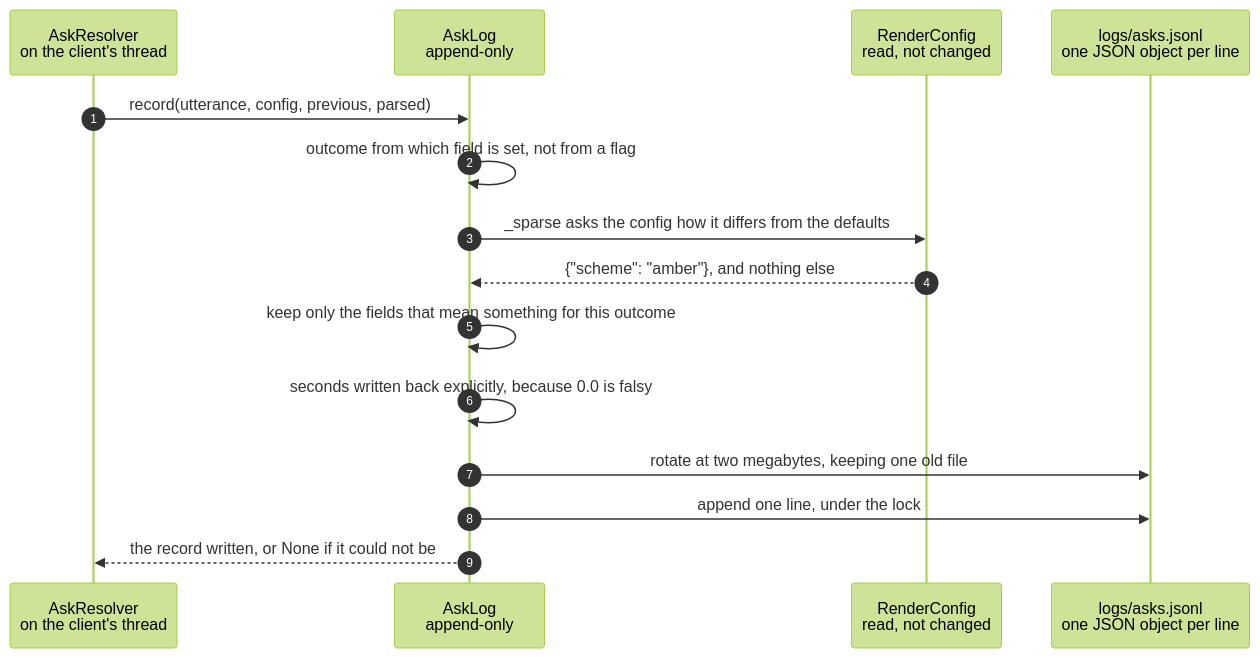
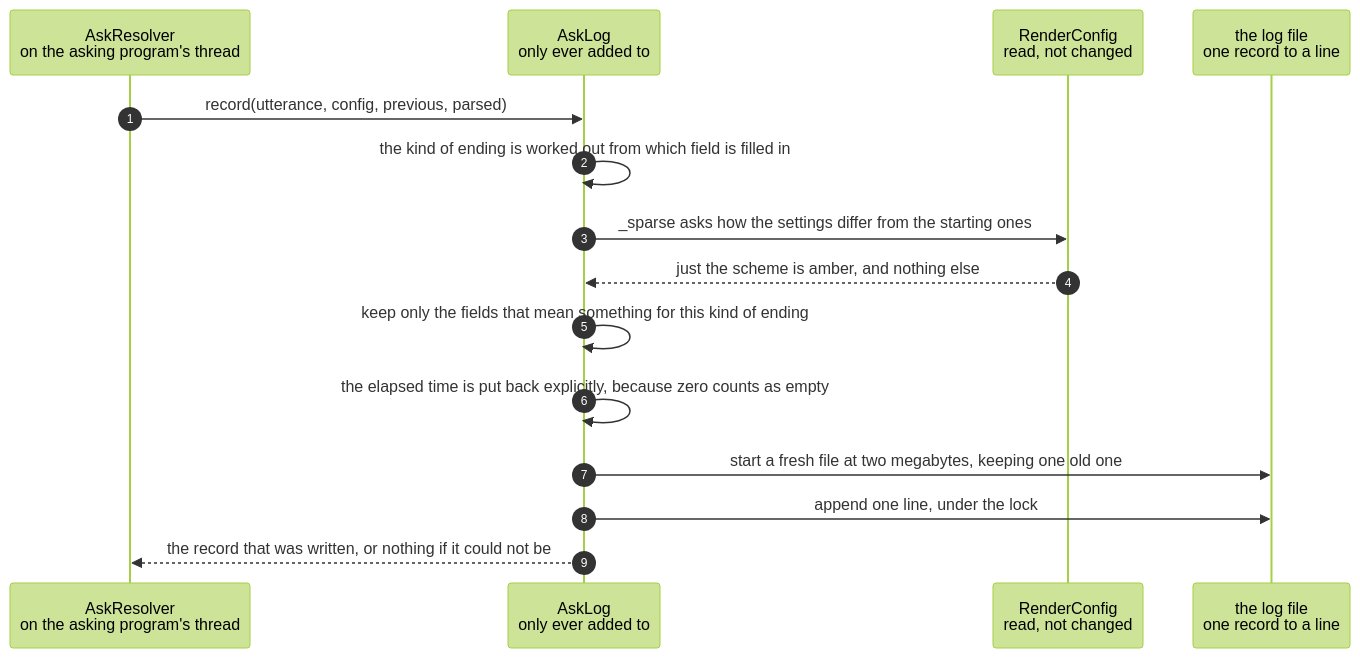
The diagram in docs/scenarios/every-ask-is-recorded-with-its-source-its-cost-and-its-elapsed-time.md (replicant1/AsciiArt-Pi), drawn with Mermaid (forest theme) before and after one commit. The commit also changed other lines of this file and 4 other files, not shown here.

````diff
--- a/docs/scenarios/every-ask-is-recorded-with-its-source-its-cost-and-its-elapsed-time.md
+++ b/docs/scenarios/every-ask-is-recorded-with-its-source-its-cost-and-its-elapsed-time.md
@@ -35,18 +42,18 @@
 ```mermaid
 sequenceDiagram
     autonumber
-    participant App as AskResolver<br/>on the client's thread
-    participant Log as AskLog<br/>append-only
+    participant App as AskResolver<br/>on the asking program's thread
+    participant Log as AskLog<br/>only ever added to
     participant Cfg as RenderConfig<br/>read, not changed
-    participant Disk as logs/asks.jsonl<br/>one JSON object per line
+    participant Disk as the log file<br/>one record to a line
 
     App->>Log: record(utterance, config, previous, parsed)
-    Log->>Log: outcome from which field is set, not from a flag
-    Log->>Cfg: _sparse asks the config how it differs from the defaults
-    Cfg-->>Log: {"scheme": "amber"}, and nothing else
-    Log->>Log: keep only the fields that mean something for this outcome
-    Log->>Log: seconds written back explicitly, because 0.0 is falsy
-    Log->>Disk: rotate at two megabytes, keeping one old file
+    Log->>Log: the kind of ending is worked out from which field is filled in
+    Log->>Cfg: _sparse asks how the settings differ from the starting ones
+    Cfg-->>Log: just the scheme is amber, and nothing else
+    Log->>Log: keep only the fields that mean something for this kind of ending
+    Log->>Log: the elapsed time is put back explicitly, because zero counts as empty
+    Log->>Disk: start a fresh file at two megabytes, keeping one old one
     Log->>Disk: append one line, under the lock
-    Log-->>App: the record written, or None if it could not be
+    Log-->>App: the record that was written, or nothing if it could not be
 ```
````
